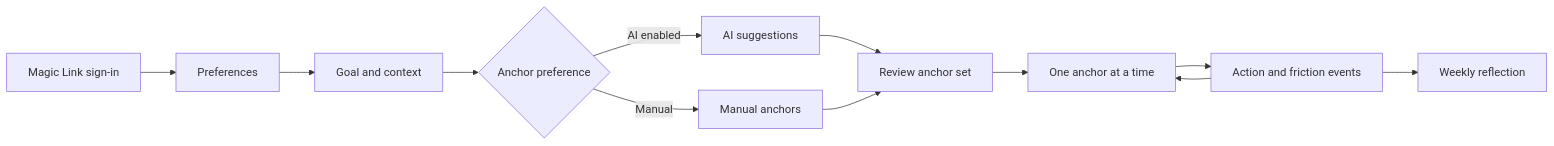
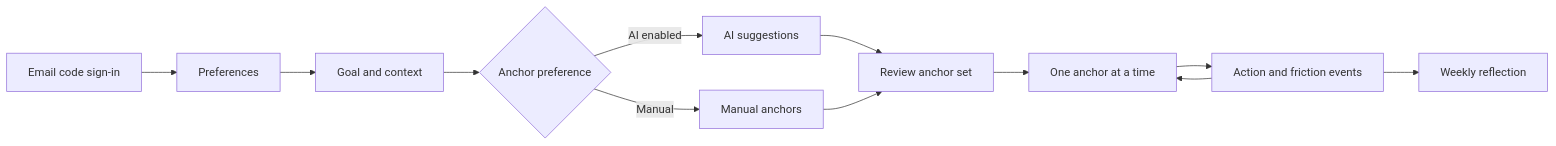
The diagram in architecture/architecture-overview.md (nadira-busse/fenela), drawn with Mermaid before and after one commit. The commit also changed 9 other files, not shown here.

Commit message:
Replace Magic Link sign-in with six-digit email OTP

````diff
--- a/architecture/architecture-overview.md
+++ b/architecture/architecture-overview.md
@@ -9,20 +9,20 @@
 ```mermaid
 flowchart LR
-    Auth["Magic Link sign-in"]
+    Auth["Email code sign-in"]
     Screening["Preferences"]
     Goal["Goal and context"]
     Choice{"Anchor preference"}
     AI["AI suggestions"]
     Manual["Manual anchors"]
     Review["Review anchor set"]
     Coaching["One anchor at a time"]
     History["Action and friction events"]
     Reflection["Weekly reflection"]
 
     Auth --> Screening --> Goal --> Choice
     Choice -->|AI enabled| AI --> Review
     Choice -->|Manual| Manual --> Review
     Review --> Coaching --> History
     History --> Coaching
     History --> Reflection
 ```
````
